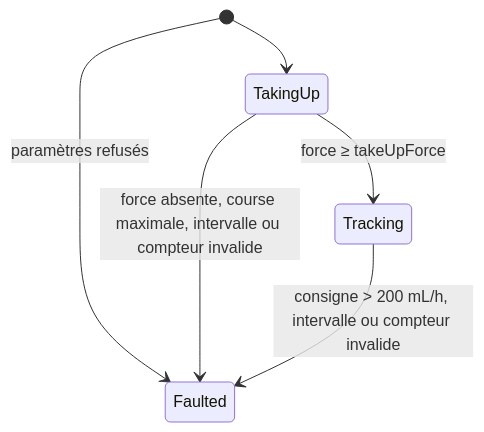
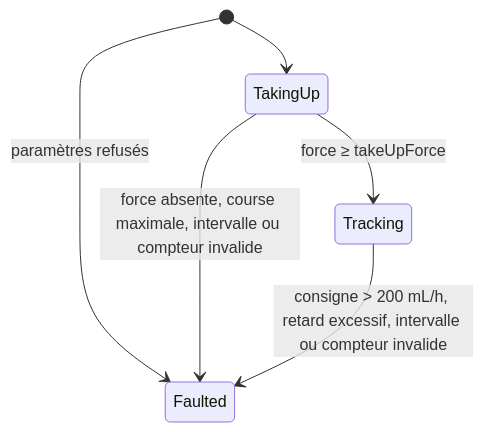
The diagram in docs/design/drive.md (camille-martin-paris/clepsydre), drawn with Mermaid before and after one commit. The commit also changed other lines of this file and 3 other files, not shown here.

````diff
--- a/docs/design/drive.md
+++ b/docs/design/drive.md
@@ -69,8 +69,8 @@
 ```mermaid
 stateDiagram-v2
     [*] --> TakingUp
     [*] --> Faulted: paramètres refusés
     TakingUp --> Tracking: force ≥ takeUpForce
     TakingUp --> Faulted: force absente, course maximale, intervalle ou compteur invalide
-    Tracking --> Faulted: consigne > 200 mL/h, intervalle ou compteur invalide
+    Tracking --> Faulted: consigne > 200 mL/h, retard excessif, intervalle ou compteur invalide
 ```
````
